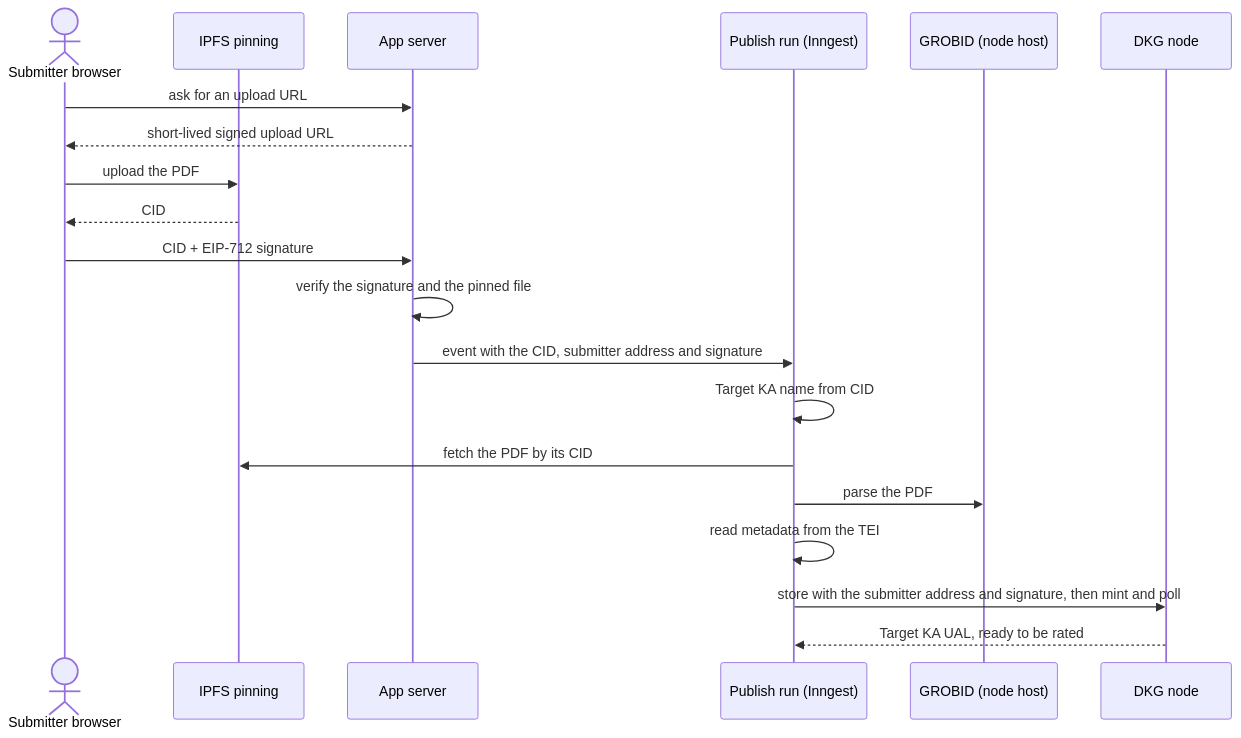
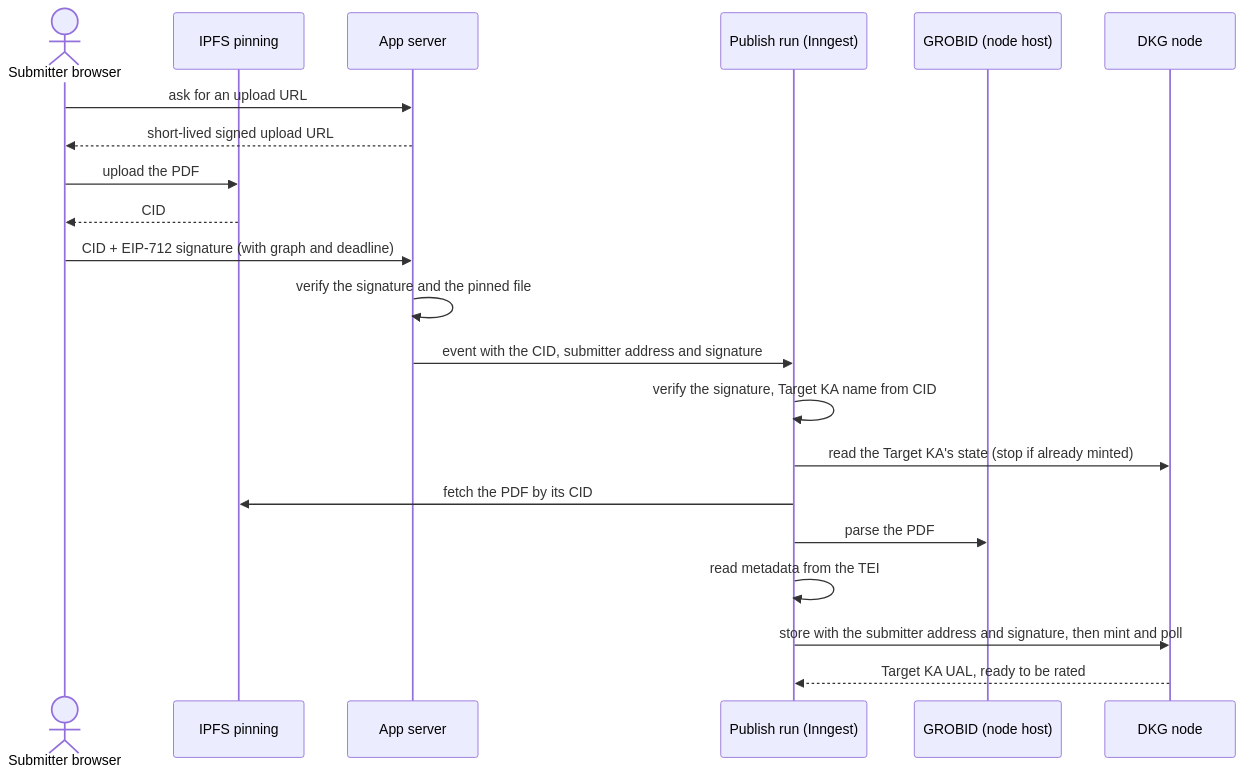
One commit to SiegfriedBz/verisci changed the second of 3 diagrams in README.md. Above: the diagram before and after it, drawn with Mermaid. The commit also changed other lines of this file and 9 other files, not shown here.

````diff
--- a/README.md
+++ b/README.md
@@ -96,22 +96,23 @@
 ```mermaid
 sequenceDiagram
   actor U as Submitter browser
   participant P as IPFS pinning
   participant A as App server
   participant R as Publish run (Inngest)
   participant G as GROBID (node host)
   participant N as DKG node
   U->>A: ask for an upload URL
   A-->>U: short-lived signed upload URL
   U->>P: upload the PDF
   P-->>U: CID
-  U->>A: CID + EIP-712 signature
+  U->>A: CID + EIP-712 signature (with graph and deadline)
   A->>A: verify the signature and the pinned file
   A->>R: event with the CID, submitter address and signature
-  R->>R: Target KA name from CID
+  R->>R: verify the signature, Target KA name from CID
+  R->>N: read the Target KA's state (stop if already minted)
   R->>P: fetch the PDF by its CID
   R->>G: parse the PDF
   R->>R: read metadata from the TEI
   R->>N: store with the submitter address and signature, then mint and poll
   N-->>R: Target KA UAL, ready to be rated
 ```
````
